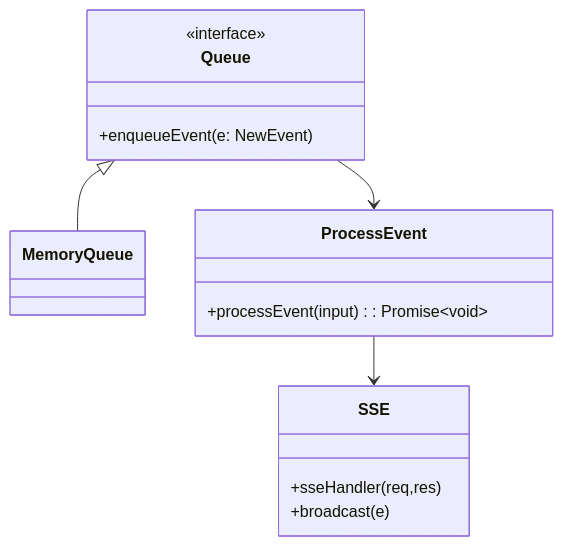
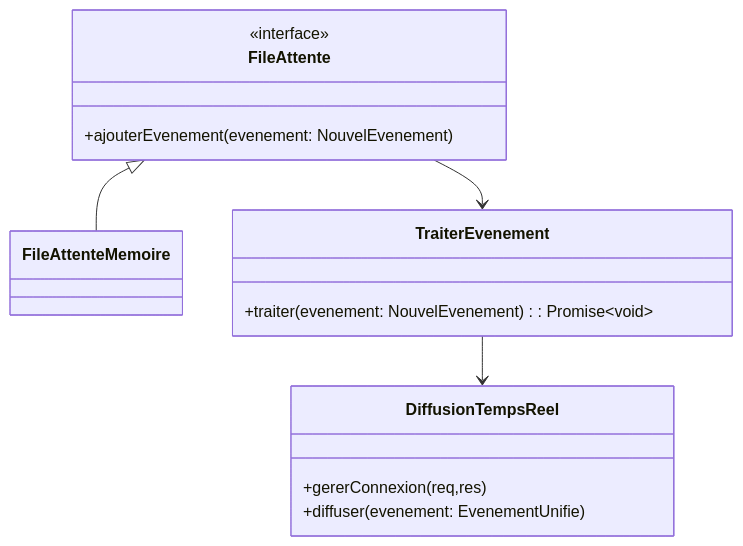
Before and after one commit to hermax2006/fil-unifie: the fourth of 6 diagrams in DIAGRAMME_CLASSES_LEGER.md, drawn with Mermaid. The commit also changed other lines of this file, not shown here.

Commit message:
Traduction diagramme de classes en français

````diff
--- a/DIAGRAMME_CLASSES_LEGER.md
+++ b/DIAGRAMME_CLASSES_LEGER.md
@@ -81,18 +92,18 @@
 ```mermaid
 classDiagram
-    class Queue {
+    class FileAttente {
         <<interface>>
-        +enqueueEvent(e: NewEvent)
+        +ajouterEvenement(evenement: NouvelEvenement)
     }
-    class MemoryQueue
-    class ProcessEvent {
-        +processEvent(input): Promise~void~
+    class FileAttenteMemoire
+    class TraiterEvenement {
+        +traiter(evenement: NouvelEvenement): Promise~void~
     }
-    class SSE {
-        +sseHandler(req,res)
-        +broadcast(e)
+    class DiffusionTempsReel {
+        +gererConnexion(req,res)
+        +diffuser(evenement: EvenementUnifie)
     }
-    Queue <|-- MemoryQueue
-    Queue --> ProcessEvent
-    ProcessEvent --> SSE
+    FileAttente <|-- FileAttenteMemoire
+    FileAttente --> TraiterEvenement
+    TraiterEvenement --> DiffusionTempsReel
 ```
````
